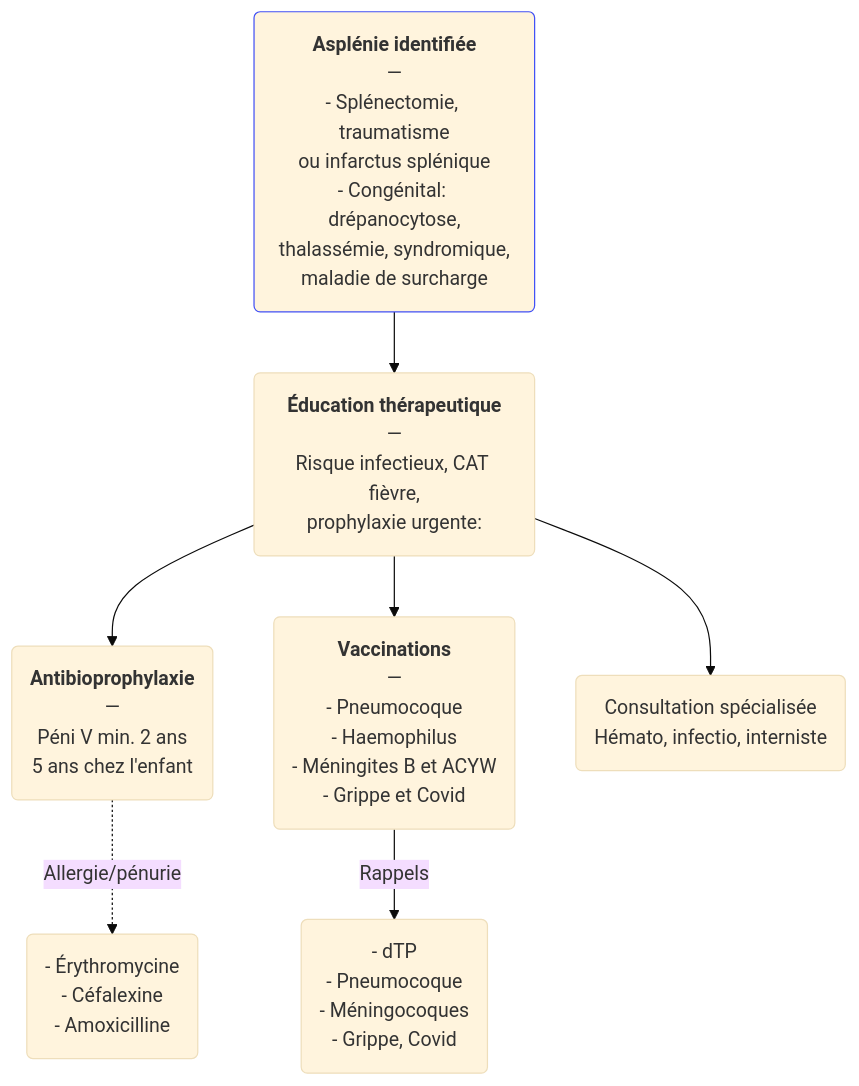
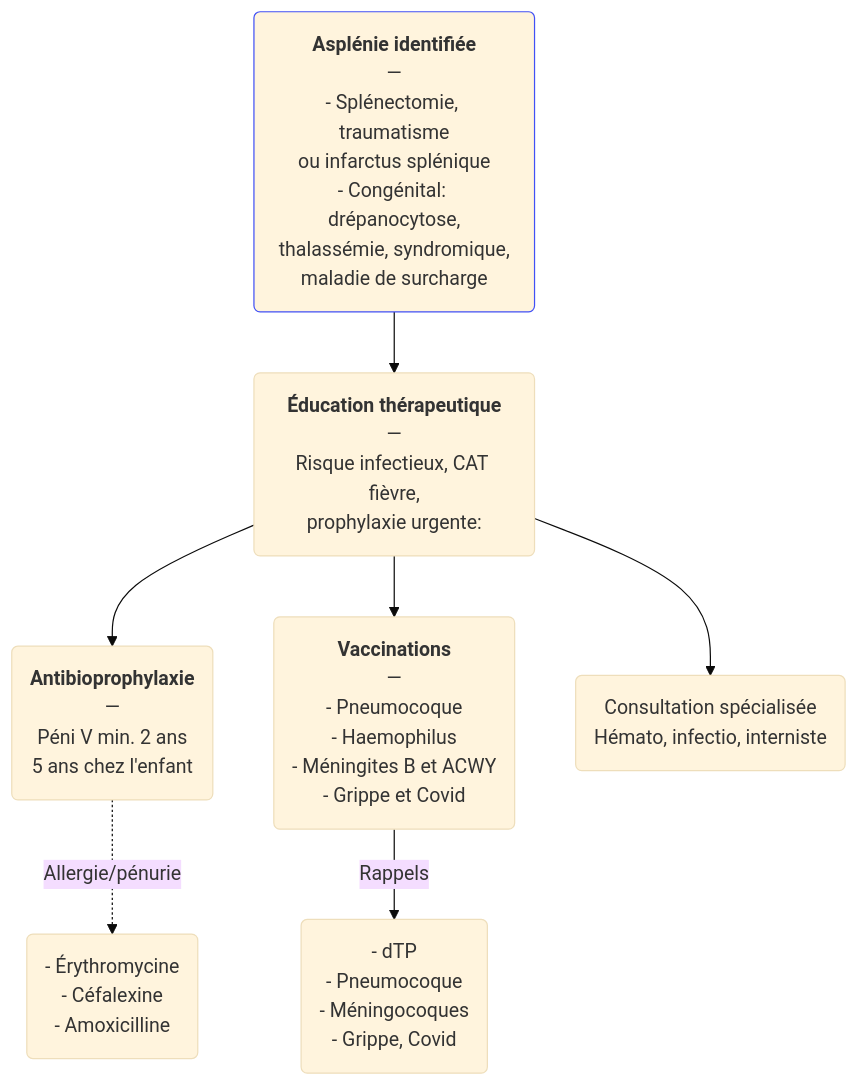
The diagram in content/recommandations/asplenie.md (djibe/recommandations-medicales), drawn with Mermaid (base theme) before and after one commit. The commit also changed other lines of this file and 78 other files, not shown here.

```diff
--- a/content/recommandations/asplenie.md
+++ b/content/recommandations/asplenie.md
@@ -186,7 +186,7 @@
 {{< mermaid title="Prise en charge de l'asplénie par le médecin généraliste. Drs JB Fron et Alaedine Benani d'après HCSP, SFAR, Lee GM" >}}
 graph TB
   asplénie("<b>Asplénie identifiée</b><br>—<br>- Splénectomie, traumatisme<br>ou infarctus splénique<br>- Congénital: drépanocytose,<br>thalassémie, syndromique,<br>maladie de surcharge") --> ETP("<b>Éducation thérapeutique</b><br>—<br>Risque infectieux, CAT fièvre,<br>prophylaxie urgente:") --> antibioprophylaxie("<b>Antibioprophylaxie</b><br>—<br>Péni V min. 2 ans<br>5 ans chez l'enfant") -. Allergie/pénurie .-> alternatives("- Érythromycine<br>- Céfalexine<br>- Amoxicilline")
-    ETP --> vaccin("<b>Vaccinations</b><br>—<br>- Pneumocoque<br>- Haemophilus<br>- Méningites B et ACYW<br>- Grippe et Covid") -- Rappels --> rappels("- dTP<br>- Pneumocoque<br>- Méningocoques<br>- Grippe, Covid")
+    ETP --> vaccin("<b>Vaccinations</b><br>—<br>- Pneumocoque<br>- Haemophilus<br>- Méningites B et ACWY<br>- Grippe et Covid") -- Rappels --> rappels("- dTP<br>- Pneumocoque<br>- Méningocoques<br>- Grippe, Covid")
     ETP --> spécialiste(Consultation spécialisée<br>Hémato, infectio, interniste)
   style asplénie stroke:#4150f5, stroke-width:1px
 {{< /mermaid >}}
```
